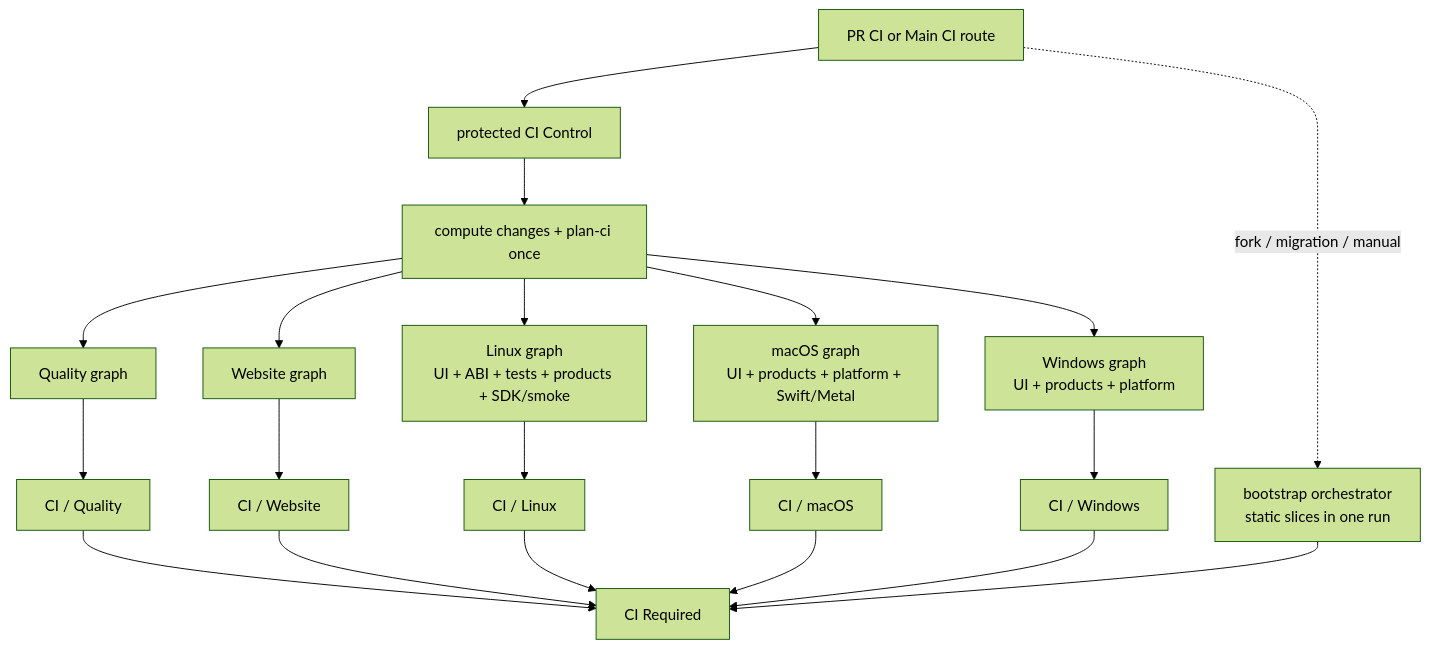
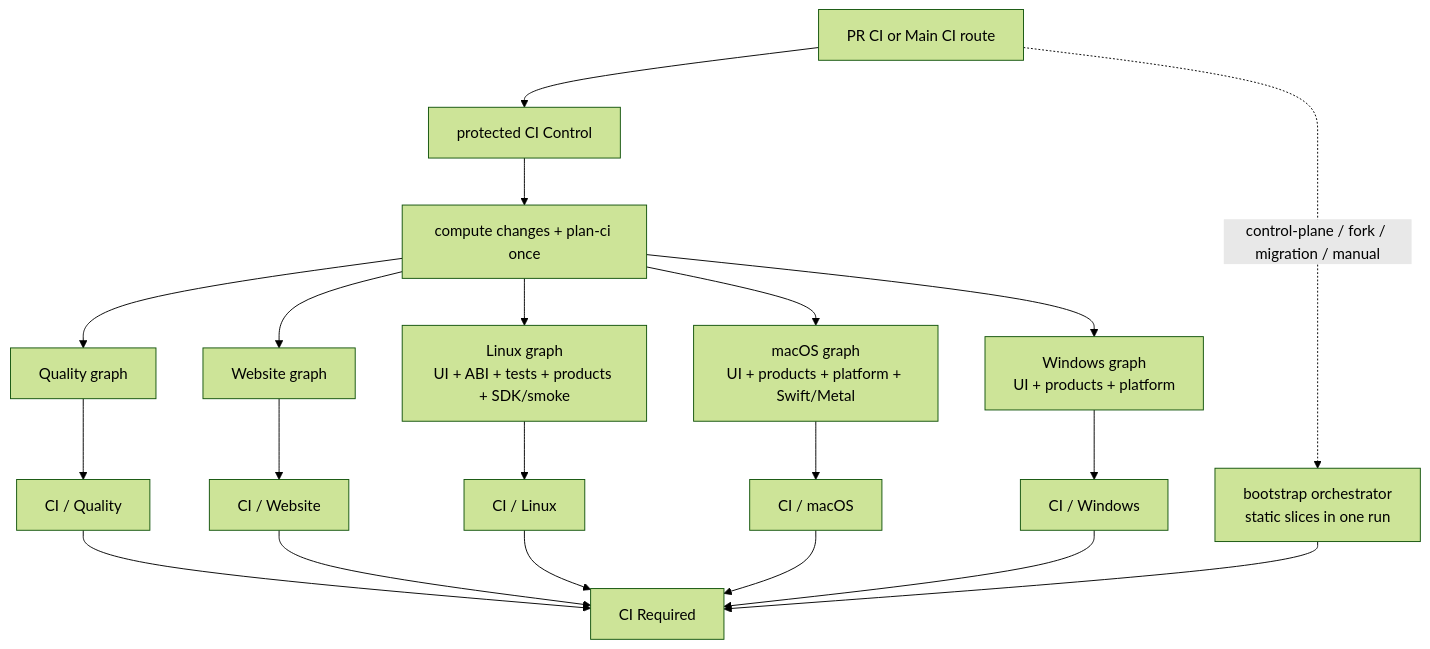
Before and after one commit to B-A-M-N/mesh-llm: the diagram in ci/ci.md, drawn with Mermaid (forest theme). The commit also changed other lines of this file and 6 other files, not shown here.

````diff
--- a/ci/ci.md
+++ b/ci/ci.md
@@ -34,22 +34,22 @@
 ```mermaid
 flowchart TD
     ENTRY["PR CI or Main CI route"] --> CONTROL["protected CI Control"]
     CONTROL --> PLAN["compute changes + plan-ci once"]
     PLAN --> QUALITY["Quality graph"]
     PLAN --> WEB["Website graph"]
     PLAN --> LINUX["Linux graph\nUI + ABI + tests + products + SDK/smoke"]
     PLAN --> MAC["macOS graph\nUI + products + platform + Swift/Metal"]
     PLAN --> WIN["Windows graph\nUI + products + platform"]
     QUALITY --> QC["CI / Quality"]
     WEB --> WC["CI / Website"]
     LINUX --> LC["CI / Linux"]
     MAC --> MC["CI / macOS"]
     WIN --> XC["CI / Windows"]
     QC --> GATE["CI Required"]
     WC --> GATE
     LC --> GATE
     MC --> GATE
     XC --> GATE
-    ENTRY -. "fork / migration / manual" .-> BOOT["bootstrap orchestrator\nstatic slices in one run"]
+    ENTRY -. "control-plane / fork / migration / manual" .-> BOOT["bootstrap orchestrator\nstatic slices in one run"]
     BOOT --> GATE
 ```
````
